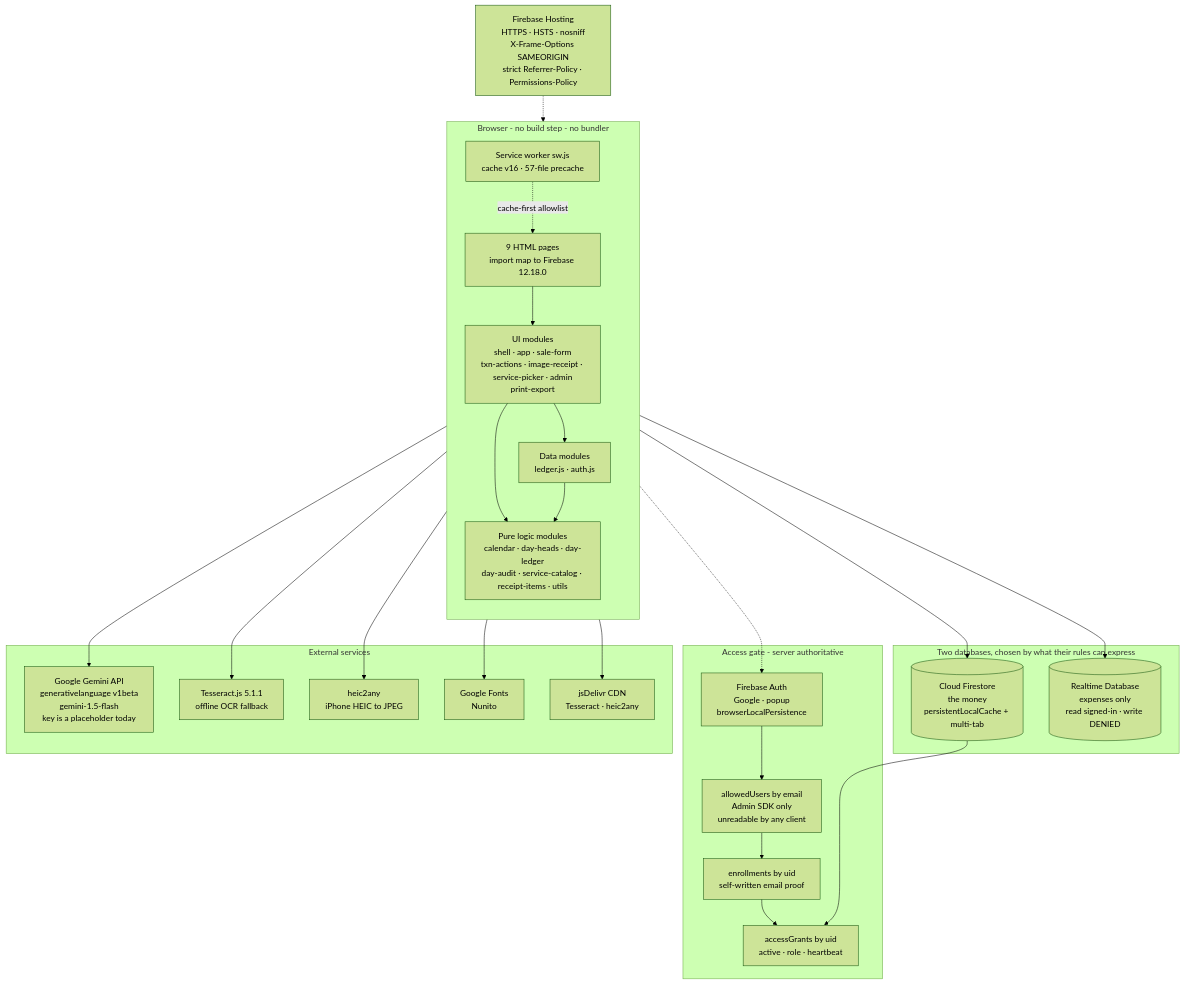
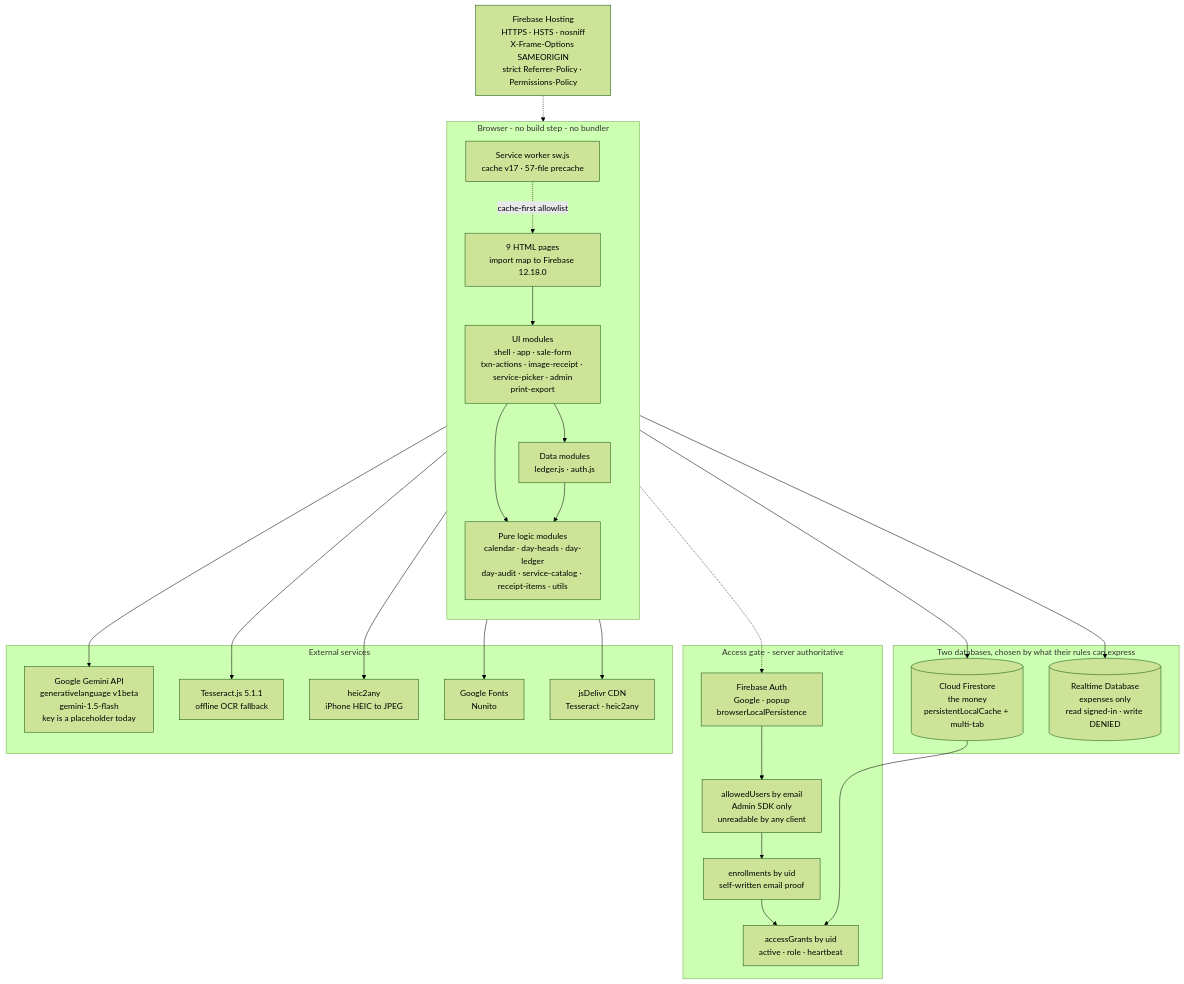
Before and after one commit to arshinmrelju/leadger: the sixth of 7 diagrams in README.md, drawn with Mermaid (forest theme). The commit also changed other lines of this file and 5 other files, not shown here.

````diff
--- a/README.md
+++ b/README.md
@@ -841,50 +841,50 @@
 ```mermaid
 flowchart TD
     subgraph CLIENT["Browser - no build step - no bundler"]
         direction TB
         HTML["9 HTML pages<br/>import map to Firebase 12.18.0"]
         PURE["Pure logic modules<br/>calendar · day-heads · day-ledger<br/>day-audit · service-catalog · receipt-items · utils"]
         UI["UI modules<br/>shell · app · sale-form<br/>txn-actions · image-receipt · service-picker · admin<br/>print-export"]
         IO["Data modules<br/>ledger.js · auth.js"]
-        SW["Service worker sw.js<br/>cache v16 · 57-file precache"]
+        SW["Service worker sw.js<br/>cache v17 · 57-file precache"]
         HTML --> UI
         UI --> IO
         UI --> PURE
         IO --> PURE
         SW -.->|cache-first allowlist| HTML
     end
 
     subgraph GATE["Access gate - server authoritative"]
         A1["Firebase Auth<br/>Google · popup<br/>browserLocalPersistence"]
         A2["allowedUsers by email<br/>Admin SDK only<br/>unreadable by any client"]
         A3["enrollments by uid<br/>self-written email proof"]
         A4["accessGrants by uid<br/>active · role · heartbeat"]
     end
 
     subgraph DATA["Two databases, chosen by what their rules can express"]
         FS[("Cloud Firestore<br/>the money<br/>persistentLocalCache + multi-tab")]
         RT[("Realtime Database<br/>expenses only<br/>read signed-in · write DENIED")]
     end
 
     subgraph EXT["External services"]
         GEM["Google Gemini API<br/>generativelanguage v1beta<br/>gemini-1.5-flash<br/>key is a placeholder today"]
         TESS["Tesseract.js 5.1.1<br/>offline OCR fallback"]
         HEIC["heic2any<br/>iPhone HEIC to JPEG"]
         FONT["Google Fonts<br/>Nunito"]
         GH["jsDelivr CDN<br/>Tesseract · heic2any"]
     end
 
     HOST["Firebase Hosting<br/>HTTPS · HSTS · nosniff<br/>X-Frame-Options SAMEORIGIN<br/>strict Referrer-Policy · Permissions-Policy"]
 
     HTML -.-> A1
     A1 --> A2 --> A3 --> A4
     IO --> FS
     IO --> RT
     UI --> GEM
     UI --> TESS
     UI --> HEIC
     HTML --> FONT
     SW --> GH
     HOST -.-> HTML
     FS --> A4
 ```
````
